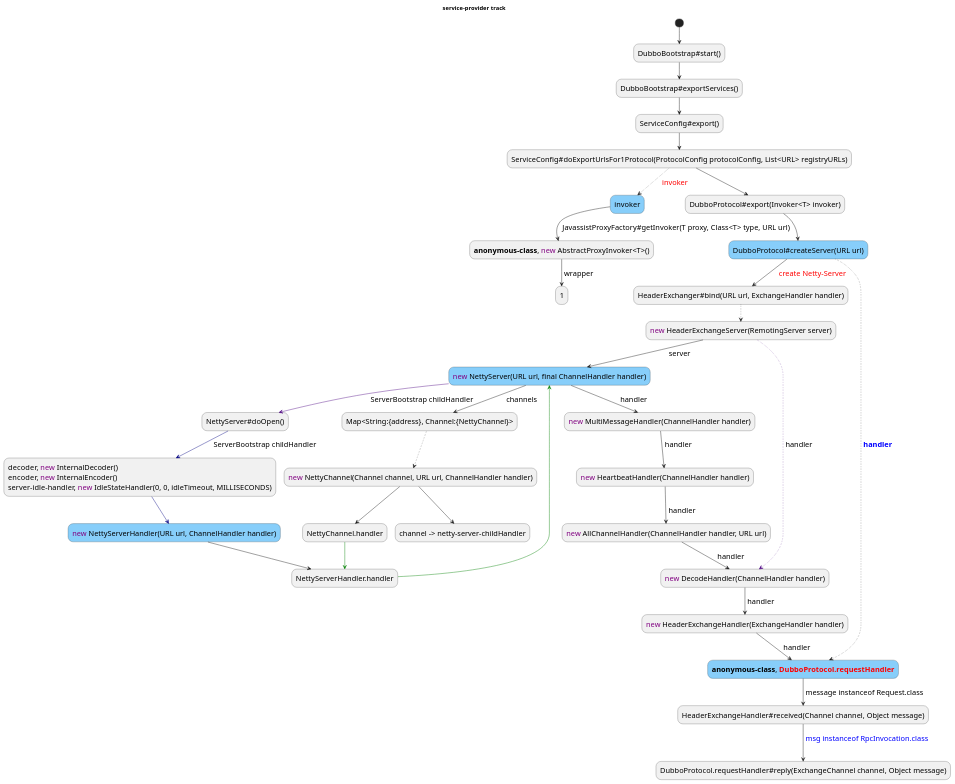
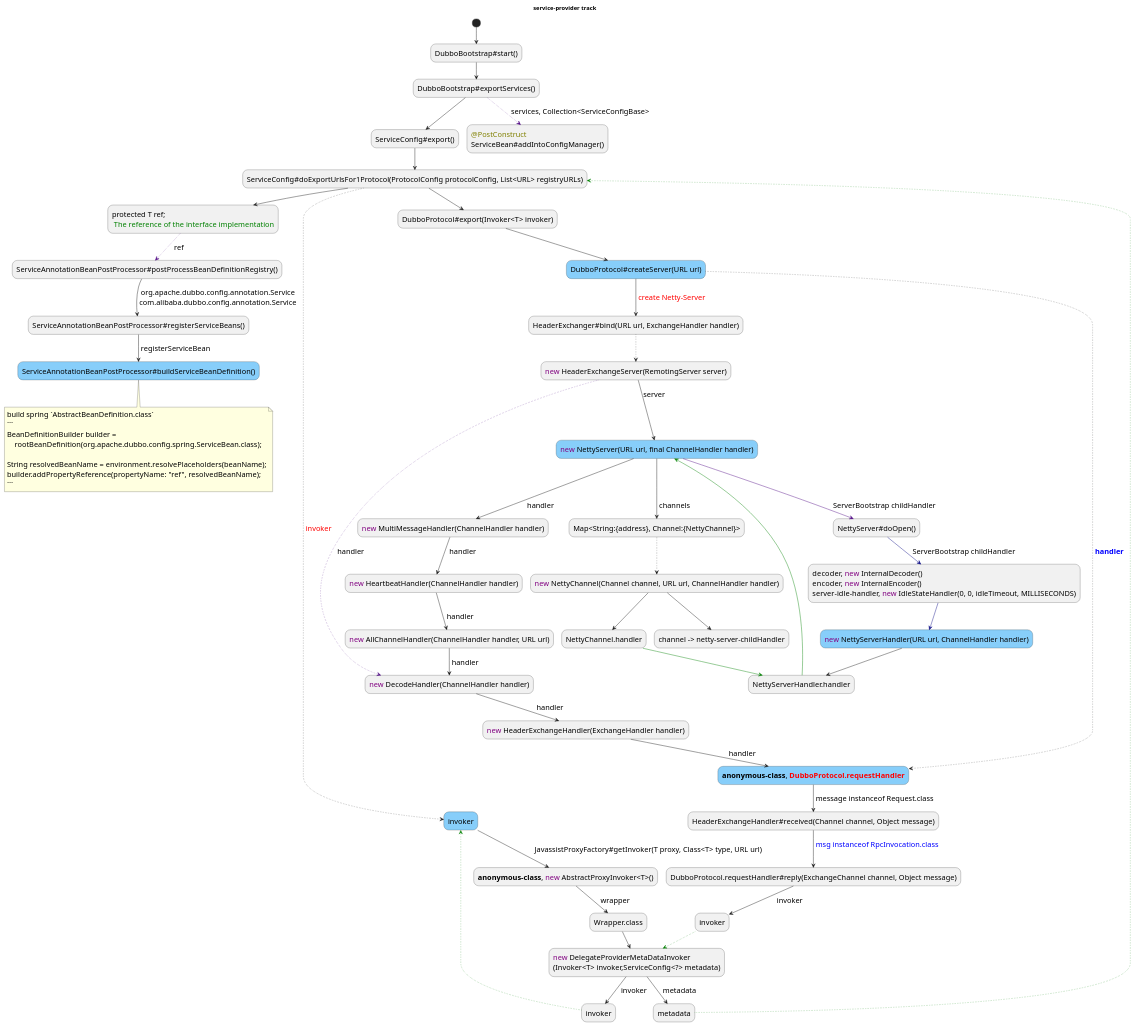
The diagram in vergilyn-dubbo-examples/docs/plant-uml/dubbo_service_export_track.puml (vergilyn/dubbo), drawn with PlantUML before and after one commit. The commit also changed 8 other files, not shown here.

````diff
--- a/vergilyn-dubbo-examples/docs/plant-uml/dubbo_service_export_track.puml
+++ b/vergilyn-dubbo-examples/docs/plant-uml/dubbo_service_export_track.puml
@@ -1,58 +1,85 @@
 @startuml
 skinparam DefaultFontSize 18
 
 skinparam activity{
   BackgroundColor<< important >> LightSkyBlue
 }
 
 title service-provider track
 
 (*)  --> "DubboBootstrap#start()"
---> "DubboBootstrap#exportServices()"
+--> "DubboBootstrap#exportServices()" AS Services
 --> "ServiceConfig#export()"
 --> "ServiceConfig#doExportUrlsFor1Protocol(ProtocolConfig protocolConfig, List<URL> registryURLs)" AS ServiceConfig << important   >>
 
+Services .[#Indigo].>[ services, Collection<ServiceConfigBase> ] "<color:#808000>@PostConstruct \nServiceBean#addIntoConfigManager()"
+
+ServiceConfig --> "protected T ref;\n <color:green>The reference of the interface implementation" AS ServiceConfig.ref
+
 ServiceConfig ..>[ <color:red>invoker] "invoker" AS ServiceConfig.invoker << important >>
 -->[ JavassistProxyFactory#getInvoker(T proxy, Class<T> type, URL url)] "**anonymous-class**, <color:purple>new</color> AbstractProxyInvoker<T>()" AS AbstractProxyInvoker
--->[ wrapper] "1"
+-->[ wrapper] "Wrapper.class"
+--> "<color:purple>new</color> DelegateProviderMetaDataInvoker \n(Invoker<T> invoker,ServiceConfig<?> metadata)" AS DelegateProviderMetaDataInvoker
+DelegateProviderMetaDataInvoker -->[ invoker] "invoker" AS DelegateProviderMetaDataInvoker.invoker
+DelegateProviderMetaDataInvoker.invoker .[#green].> ServiceConfig.invoker
+DelegateProviderMetaDataInvoker -->[ metadata] "metadata" AS DelegateProviderMetaDataInvoker.metadata
+DelegateProviderMetaDataInvoker.metadata .[#green].> ServiceConfig
+
+ServiceConfig.ref .[#Indigo].>[ ref] "ServiceAnnotationBeanPostProcessor#postProcessBeanDefinitionRegistry()"
+-->[ org.apache.dubbo.config.annotation.Service \ncom.alibaba.dubbo.config.annotation.Service] "ServiceAnnotationBeanPostProcessor#registerServiceBeans()"
+-->[ registerServiceBean] "ServiceAnnotationBeanPostProcessor#buildServiceBeanDefinition()"  <<important>>
+note bottom #FFFFE0
+build spring `AbstractBeanDefinition.class`
+```
+BeanDefinitionBuilder builder =
+    rootBeanDefinition(org.apache.dubbo.config.spring.ServiceBean.class);
+
+String resolvedBeanName = environment.resolvePlaceholders(beanName);
+builder.addPropertyReference(propertyName: "ref", resolvedBeanName);
+```
+endnote
 
 ServiceConfig --> "DubboProtocol#export(Invoker<T> invoker)"
 --> "DubboProtocol#createServer(URL url)" AS DubboProtocol.createServer << important >>
 
 DubboProtocol.createServer ..>[ <color:BLUE>**handler**</color>] "**anonymous-class**, <color:red>**DubboProtocol.requestHandler**</color>" AS CoreHandler <<important>>
 
 DubboProtocol.createServer -->[ <color:RED>create Netty-Server</color>] "HeaderExchanger#bind(URL url, ExchangeHandler handler)" AS CreateNettyServer
 
 CreateNettyServer ..> "<color:purple>new</color> HeaderExchangeServer(RemotingServer server)" AS HeaderExchangeServer
 
 HeaderExchangeServer -->[server] "<color:purple>new</color> NettyServer(URL url, final ChannelHandler handler)" AS NettyServer <<important>>
 
 HeaderExchangeServer .[#Indigo].>[ handler] "<color:purple>new</color> DecodeHandler(ChannelHandler handler)" AS DecodeHandler
 DecodeHandler -->[ handler] "<color:purple>new</color> HeaderExchangeHandler(ExchangeHandler handler)" AS HeaderExchangeHandler
 HeaderExchangeHandler -->[ handler] CoreHandler
 
 NettyServer -->[ handler] "<color:purple>new</color> MultiMessageHandler(ChannelHandler handler)" AS MultiMessageHandler
 MultiMessageHandler -->[ handler] "<color:purple>new</color> HeartbeatHandler(ChannelHandler handler)" AS HeartbeatHandler
 HeartbeatHandler -->[ handler] "<color:purple>new</color> AllChannelHandler(ChannelHandler handler, URL url)" AS AllChannelHandler
 AllChannelHandler -->[ handler] DecodeHandler
 
 NettyServer -[#Indigo]->[ ServerBootstrap childHandler] "NettyServer#doOpen()" AS ServerBootstrap.childHandler
 ServerBootstrap.childHandler -[#Navy]->[ ServerBootstrap childHandler] "
 decoder, <color:purple>new</color> InternalDecoder()
 encoder, <color:purple>new</color> InternalEncoder()
 server-idle-handler, <color:purple>new</color> IdleStateHandler(0, 0, idleTimeout, MILLISECONDS)" AS NettyServer.childHandler
 
 NettyServer.childHandler -[#Navy]-> "<color:purple>new</color> NettyServerHandler(URL url, ChannelHandler handler)" AS NettyServerHandler <<important>>
 NettyServerHandler --> "NettyServerHandler.handler" AS NettyServerHandler.handler
 NettyServerHandler.handler -[#green]-> NettyServer
 
 NettyServer -->[ channels] "Map<String:{address}, Channel:{NettyChannel}>" AS NettyServer.channels
 
 NettyServer.channels ..> "<color:purple>new</color> NettyChannel(Channel channel, URL url, ChannelHandler handler)" AS NettyChannel
 NettyChannel --> "channel -> netty-server-childHandler"
 NettyChannel --> "NettyChannel.handler" AS NettyChannel.handler
 NettyChannel.handler -[#green]-> NettyServerHandler.handler
 
 CoreHandler -->[ message instanceof Request.class] "HeaderExchangeHandler#received(Channel channel, Object message)"
--->[ <color:BLUE>msg instanceof RpcInvocation.class\n] "DubboProtocol.requestHandler#reply(ExchangeChannel channel, Object message)"
+-->[ <color:BLUE>msg instanceof RpcInvocation.class\n] "DubboProtocol.requestHandler#reply(ExchangeChannel channel, Object message)" AS DubboProtocol.reply
+
+DubboProtocol.reply -->[ invoker] "invoker" AS DubboProtocol.reply.invoker
+DubboProtocol.reply.invoker .[#green].> DelegateProviderMetaDataInvoker
+
 @enduml
````
